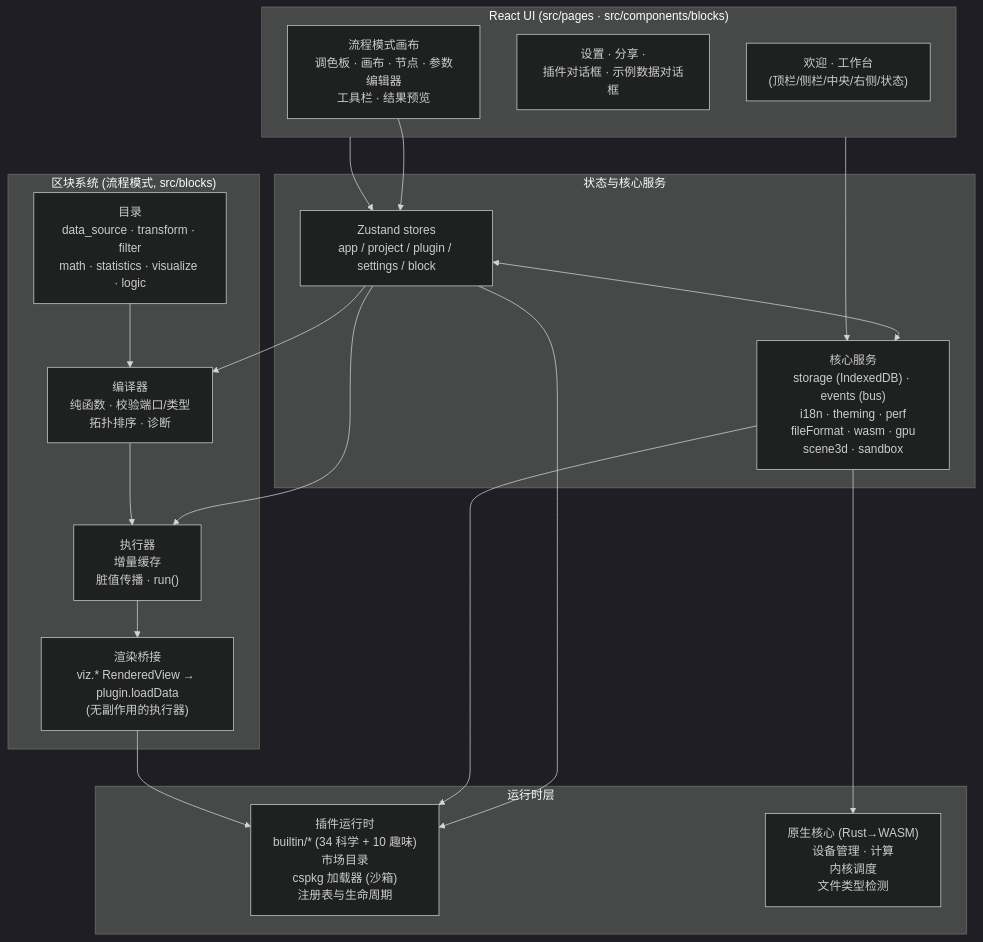
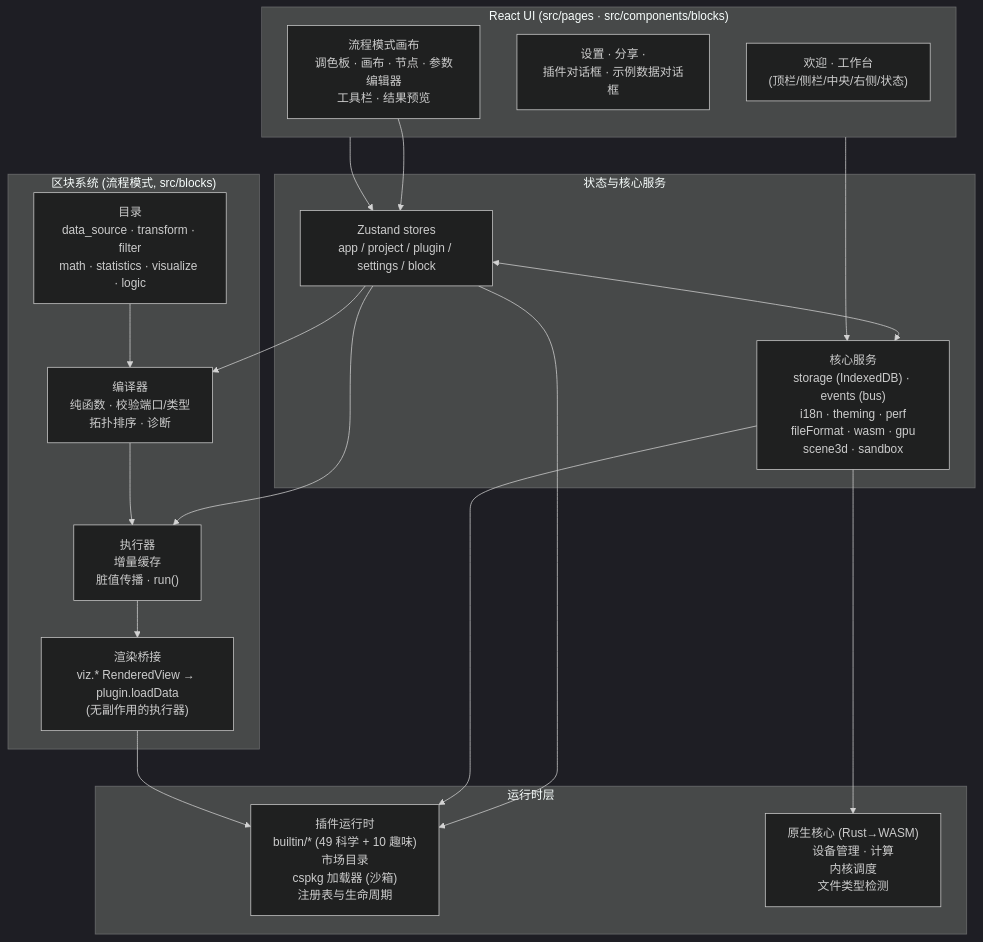
Before and after one commit to SnowLeopard-io/ErgalicsStudio: the diagram in README.zh-CN.md, drawn with Mermaid (dark theme). The commit also changed other lines of this file and 5 other files, not shown here.

````diff
--- a/README.zh-CN.md
+++ b/README.zh-CN.md
@@ -185,39 +185,39 @@
 ```mermaid
 flowchart TB
     subgraph UI["React UI (src/pages · src/components/blocks)"]
         A1["欢迎 · 工作台<br/>(顶栏/侧栏/中央/右侧/状态)"]
         A2["设置 · 分享 ·<br/>插件对话框 · 示例数据对话框"]
         A3["流程模式画布<br/>调色板 · 画布 · 节点 · 参数编辑器<br/>工具栏 · 结果预览"]
     end
 
     subgraph State["状态与核心服务"]
         B1["Zustand stores<br/>app / project / plugin / settings / block"]
         B2["核心服务<br/>storage (IndexedDB) · events (bus)<br/>i18n · theming · perf<br/>fileFormat · wasm · gpu<br/>scene3d · sandbox"]
     end
 
     subgraph Blocks["区块系统 (流程模式, src/blocks)"]
         D1["目录<br/>data_source · transform · filter<br/>math · statistics · visualize · logic"]
         D2["编译器<br/>纯函数 · 校验端口/类型<br/>拓扑排序 · 诊断"]
         D3["执行器<br/>增量缓存<br/>脏值传播 · run()"]
         D4["渲染桥接<br/>viz.* RenderedView → plugin.loadData<br/>(无副作用的执行器)"]
     end
 
     subgraph Runtime["运行时层"]
-        C1["插件运行时<br/>builtin/* (34 科学 + 10 趣味)<br/>市场目录<br/>cspkg 加载器 (沙箱)<br/>注册表与生命周期"]
+        C1["插件运行时<br/>builtin/* (49 科学 + 10 趣味)<br/>市场目录<br/>cspkg 加载器 (沙箱)<br/>注册表与生命周期"]
         C2["原生核心 (Rust→WASM)<br/>设备管理 · 计算<br/>内核调度<br/>文件类型检测"]
     end
 
     UI --> B1
     UI --> B2
     B1 <--> B2
     B1 --> C1
     B2 --> C1
     B2 --> C2
     A3 --> B1
     B1 --> D2
     B1 --> D3
     D2 --> D3
     D1 --> D2
     D3 --> D4
     D4 --> C1
 ```
````
